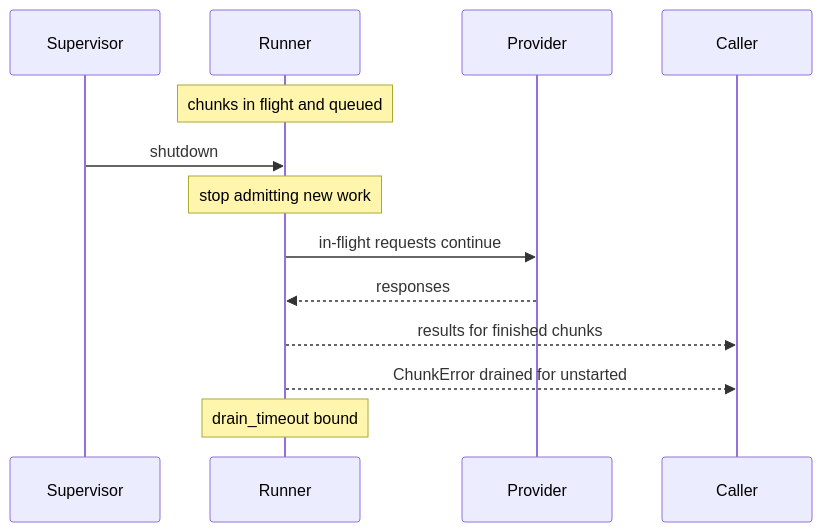
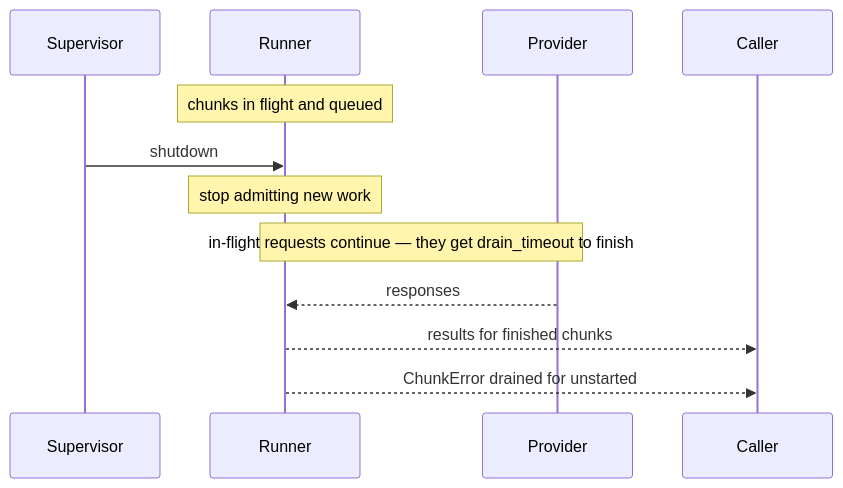
Before and after one commit to mdepolli/lang_extract: the second of 3 diagrams in guides/production.md, drawn with Mermaid. The commit also changed other lines of this file and 2 other files, not shown here.

Commit message:
Diagram fixes from review: real arrows, bounded retries, boxed fall-through.

````diff
--- a/guides/production.md
+++ b/guides/production.md
@@ -100,16 +101,15 @@
 ```mermaid
 sequenceDiagram
     participant Sup as Supervisor
     participant R as Runner
     participant P as Provider
     participant App as Caller
 
     Note over R: chunks in flight and queued
     Sup->>R: shutdown
     Note over R: stop admitting new work
-    R->>P: in-flight requests continue
+    Note over R,P: in-flight requests continue — they get drain_timeout to finish
     P-->>R: responses
     R-->>App: results for finished chunks
     R-->>App: ChunkError drained for unstarted
-    Note over R: drain_timeout bound
 ```
````
